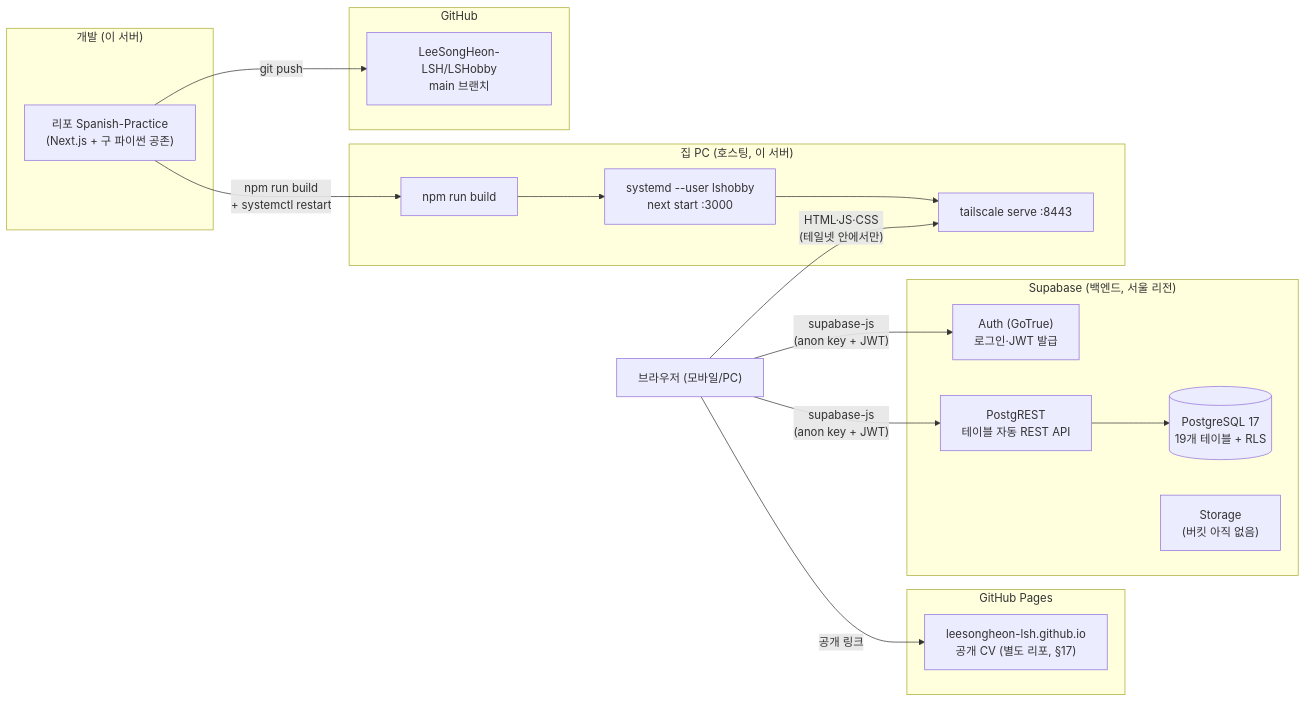
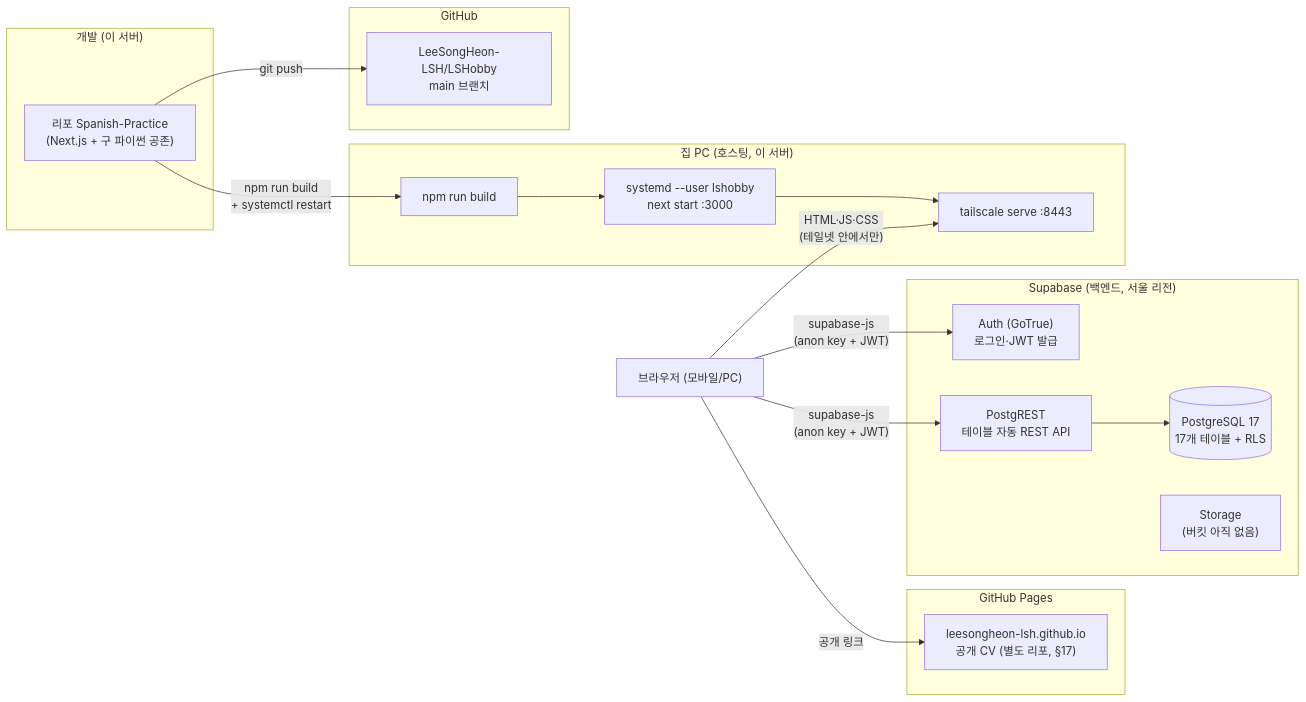
Before and after one commit to LeeSongHeon-LSH/LSHobby: the first of 3 diagrams in docs/16-infra.md, drawn with Mermaid. The commit also changed other lines of this file and 17 other files, not shown here.

````diff
--- a/docs/16-infra.md
+++ b/docs/16-infra.md
@@ -9,31 +9,31 @@
 ```mermaid
 flowchart LR
     subgraph dev["개발 (이 서버)"]
         CODE["리포 Spanish-Practice<br/>(Next.js + 구 파이썬 공존)"]
     end
     subgraph gh["GitHub"]
         REPO["LeeSongHeon-LSH/LSHobby<br/>main 브랜치"]
     end
     subgraph home["집 PC (호스팅, 이 서버)"]
         BUILD["npm run build"]
         PROD["systemd --user lshobby<br/>next start :3000"]
         TS["tailscale serve :8443"]
     end
     subgraph pages["GitHub Pages"]
         CV["leesongheon-lsh.github.io<br/>공개 CV (별도 리포, §17)"]
     end
     subgraph supa["Supabase (백엔드, 서울 리전)"]
         AUTH["Auth (GoTrue)<br/>로그인·JWT 발급"]
         REST["PostgREST<br/>테이블 자동 REST API"]
-        DB[("PostgreSQL 17<br/>19개 테이블 + RLS")]
+        DB[("PostgreSQL 17<br/>17개 테이블 + RLS")]
         STG["Storage<br/>(버킷 아직 없음)"]
     end
     U["브라우저 (모바일/PC)"]
 
     CODE -- git push --> REPO
     CODE -- npm run build<br/>+ systemctl restart --> BUILD --> PROD --> TS
     U -- "HTML·JS·CSS<br/>(테일넷 안에서만)" --> TS
     U -- supabase-js<br/>(anon key + JWT) --> AUTH & REST
     REST --> DB
     U -- 공개 링크 --> CV
 ```
````
